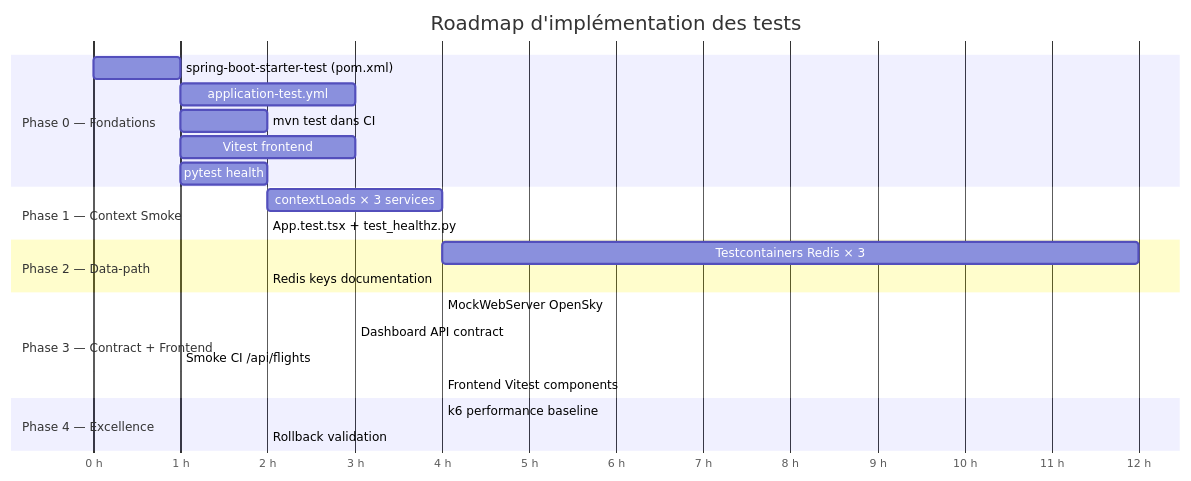
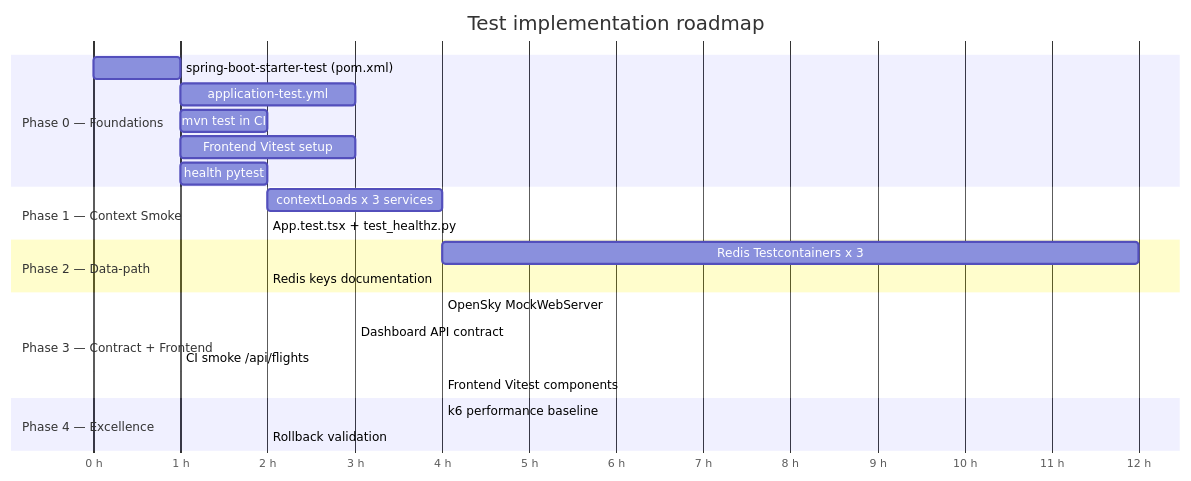
Before and after one commit to ClementV78/CloudRadar: the third of 9 diagrams in docs/code-reviews/test-strategy-review.md, drawn with Mermaid. The commit also changed other lines of this file and 2 other files, not shown here.

````diff
--- a/docs/code-reviews/test-strategy-review.md
+++ b/docs/code-reviews/test-strategy-review.md
@@ -232,32 +232,32 @@
 ```mermaid
 gantt
-  title Roadmap d'implémentation des tests
+  title Test implementation roadmap
   dateFormat X
   axisFormat %s h
   todayMarker off
 
-  section Phase 0 — Fondations
+  section Phase 0 — Foundations
     spring-boot-starter-test (pom.xml)   :a1, 0, 1
     application-test.yml                 :a2, after a1, 3
-    mvn test dans CI                     :a3, after a1, 2
-    Vitest frontend                      :a4, after a1, 3
-    pytest health                        :a5, after a1, 2
+    mvn test in CI                       :a3, after a1, 2
+    Frontend Vitest setup                :a4, after a1, 3
+    health pytest                        :a5, after a1, 2
 
   section Phase 1 — Context Smoke
-    contextLoads × 3 services            :b1, after a5, 4
+    contextLoads x 3 services            :b1, after a5, 4
     App.test.tsx + test_healthz.py       :b2, after a5, 2
 
   section Phase 2 — Data-path
-    Testcontainers Redis × 3             :c1, after b1, 12
+    Redis Testcontainers x 3             :c1, after b1, 12
     Redis keys documentation             :c2, after b1, 2
 
   section Phase 3 — Contract + Frontend
-    MockWebServer OpenSky                :d1, after c1, 4
+    OpenSky MockWebServer                :d1, after c1, 4
     Dashboard API contract               :d2, after c1, 3
-    Smoke CI /api/flights                :d3, after c1, 1
+    CI smoke /api/flights                :d3, after c1, 1
     Frontend Vitest components           :d4, after c1, 4
 
   section Phase 4 — Excellence
     k6 performance baseline              :e1, after d1, 4
     Rollback validation                  :e2, after d1, 2
 ```
````
